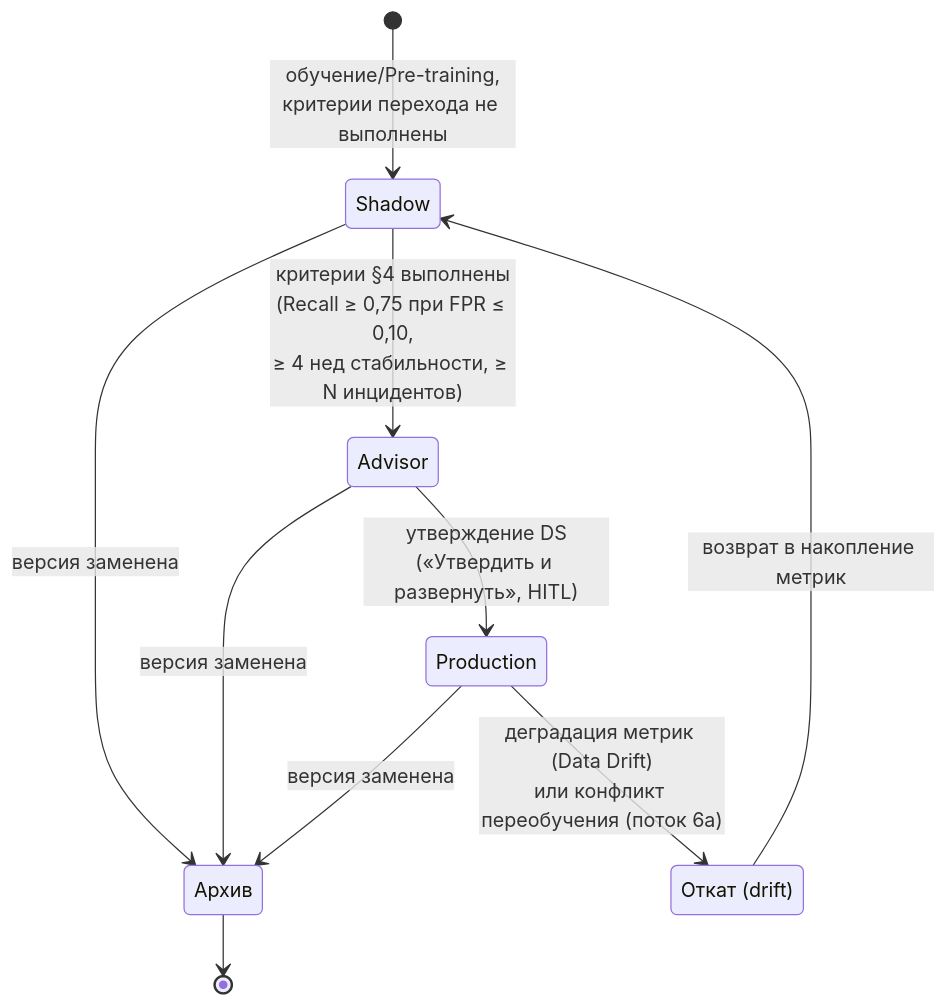
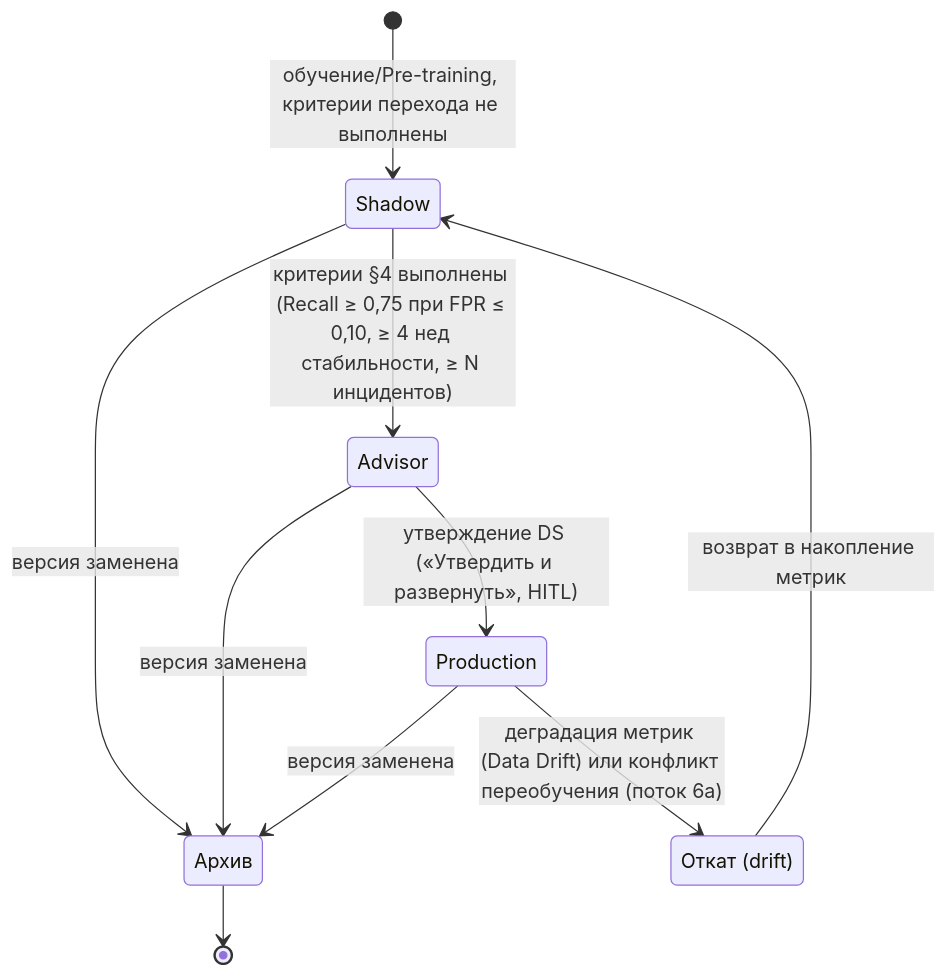
The third of 4 diagrams in docs/system_analysis/diagrams/state_model_and_batch.md (igorvolk1961/water_checker), drawn with Mermaid before and after one commit. The commit also changed other lines of this file and 4 other files, not shown here.

Commit message:
Simplify mermaid labels in sequence/state diagrams to avoid parser tokens (semicolon, br tag)

````diff
--- a/docs/system_analysis/diagrams/state_model_and_batch.md
+++ b/docs/system_analysis/diagrams/state_model_and_batch.md
@@ -38,17 +38,17 @@
 ```mermaid
 stateDiagram-v2
     state "Shadow" as M1
     state "Advisor" as M2
     state "Production" as M3
     state "Архив" as M4
     state "Откат (drift)" as M5
-    [*] --> M1 : обучение/Pre-training,<br/>критерии перехода не выполнены
-    M1 --> M2 : критерии §4 выполнены<br/>(Recall ≥ 0,75 при FPR ≤ 0,10,<br/>≥ 4 нед стабильности, ≥ N инцидентов)
-    M2 --> M3 : утверждение DS<br/>(«Утвердить и развернуть», HITL)
-    M3 --> M5 : деградация метрик (Data Drift)<br/>или конфликт переобучения (поток 6а)
+    [*] --> M1 : обучение/Pre-training, критерии перехода не выполнены
+    M1 --> M2 : критерии §4 выполнены (Recall ≥ 0,75 при FPR ≤ 0,10, ≥ 4 нед стабильности, ≥ N инцидентов)
+    M2 --> M3 : утверждение DS («Утвердить и развернуть», HITL)
+    M3 --> M5 : деградация метрик (Data Drift) или конфликт переобучения (поток 6а)
     M5 --> M1 : возврат в накопление метрик
     M1 --> M4 : версия заменена
     M2 --> M4 : версия заменена
     M3 --> M4 : версия заменена
     M4 --> [*]
 ```
````
